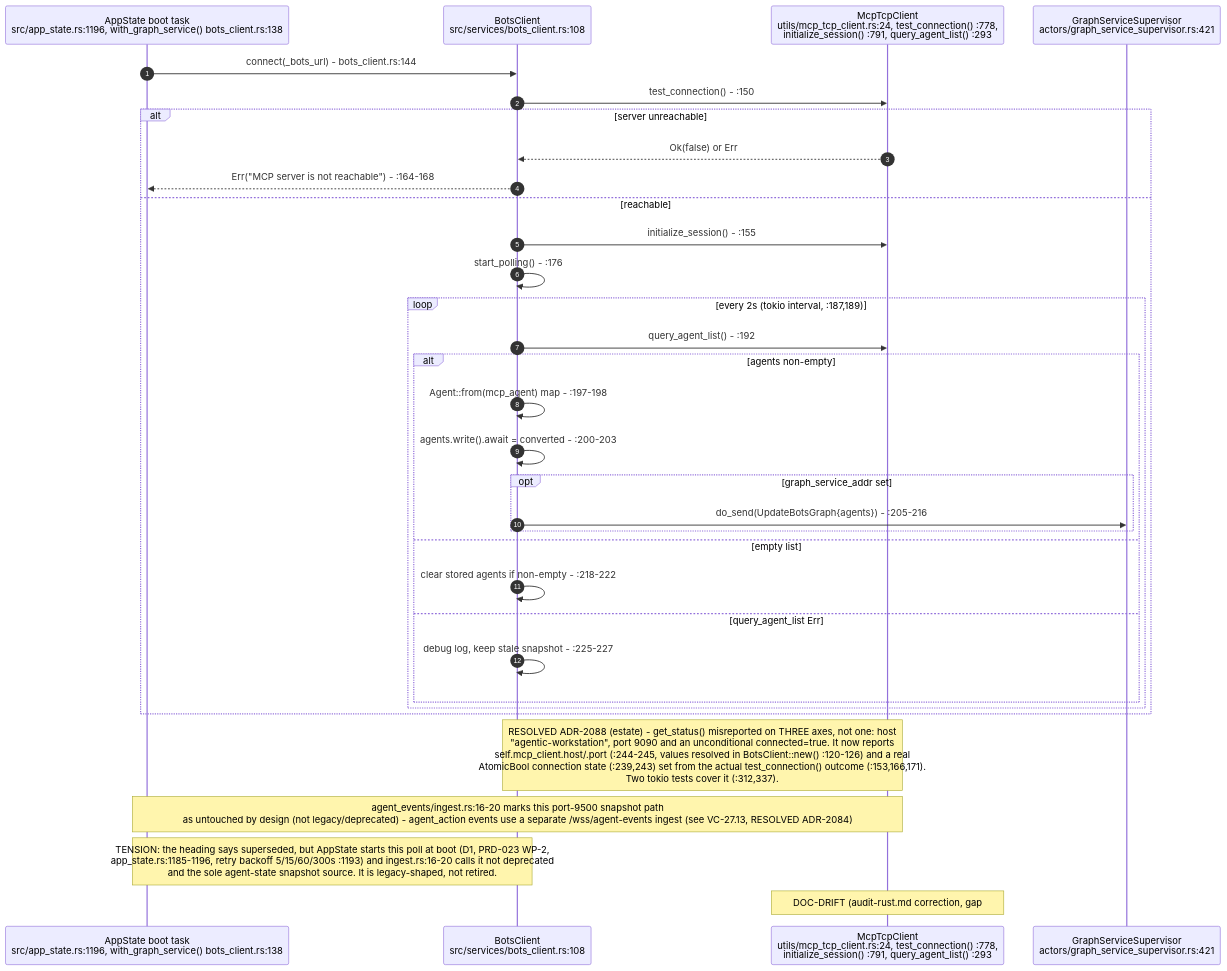
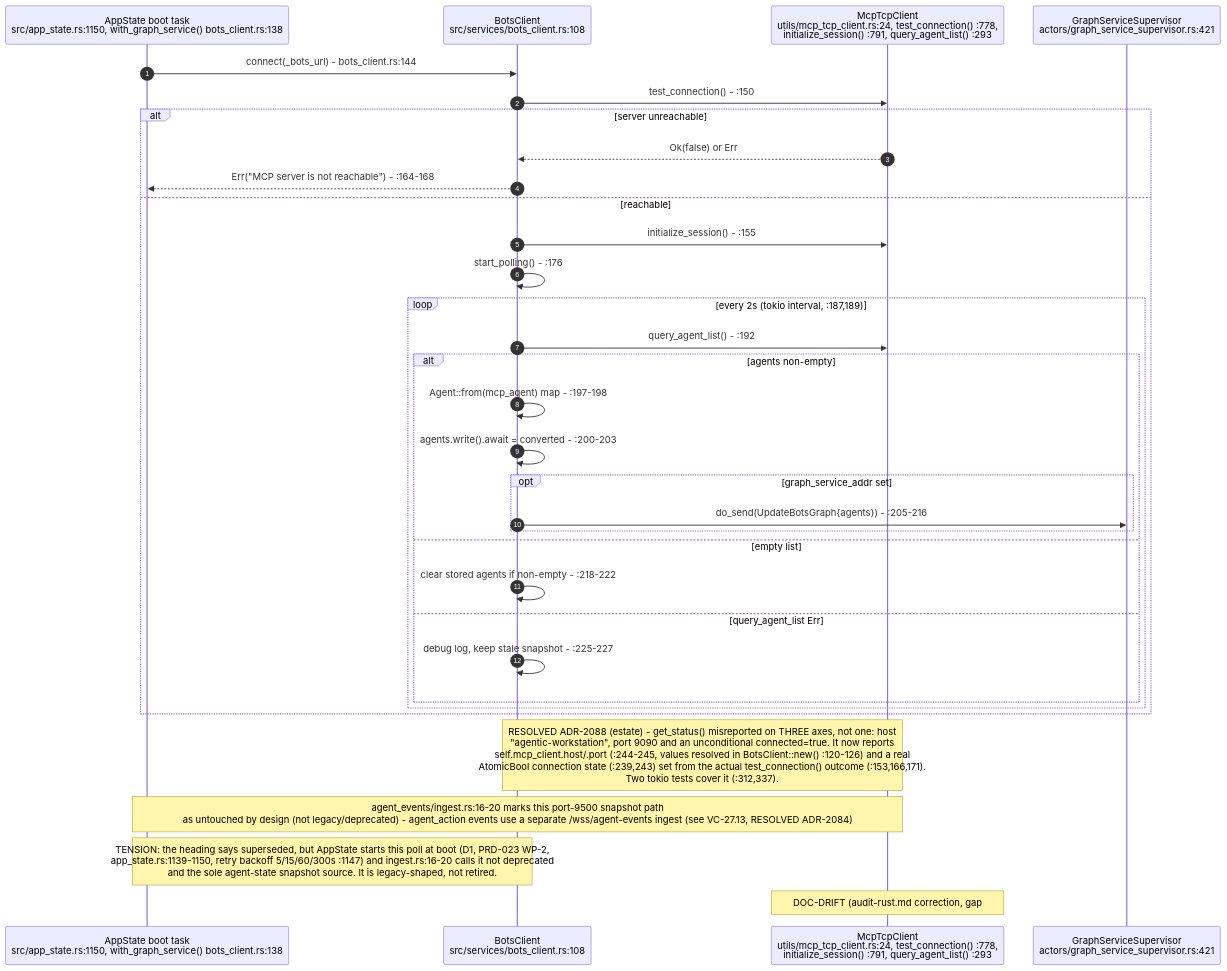
The first of 11 diagrams in docs/diagrams/visionclaw/27-agent-integration-mcp-relay.md (DreamLab-AI/VisionFlow), drawn with Mermaid before and after one commit. The commit also changed other lines of this file and 46 other files, not shown here.

Commit message:
docs(diagrams): re-verify VisionClaw topics at 809a859aa/a950f4d80 after the consolidation pass

````diff
--- a/docs/diagrams/visionclaw/27-agent-integration-mcp-relay.md
+++ b/docs/diagrams/visionclaw/27-agent-integration-mcp-relay.md
@@ -50,36 +51,36 @@
 ```mermaid
 sequenceDiagram
     autonumber
-    participant Caller as AppState boot task<br/>src/app_state.rs:1196, with_graph_service() bots_client.rs:138
+    participant Caller as AppState boot task<br/>src/app_state.rs:1150, with_graph_service() bots_client.rs:138
     participant BC as BotsClient<br/>src/services/bots_client.rs:108
     participant MCP as McpTcpClient<br/>utils/mcp_tcp_client.rs:24, test_connection() :778,<br/>initialize_session() :791, query_agent_list() :293
     participant GSS as GraphServiceSupervisor<br/>actors/graph_service_supervisor.rs:421
 
     Caller->>BC: connect(_bots_url) - bots_client.rs:144
     BC->>MCP: test_connection() - :150
     alt server unreachable
         MCP-->>BC: Ok(false) or Err
         BC-->>Caller: Err("MCP server is not reachable") - :164-168
     else reachable
         BC->>MCP: initialize_session() - :155
         BC->>BC: start_polling() - :176
         loop every 2s (tokio interval, :187,189)
             BC->>MCP: query_agent_list() - :192
             alt agents non-empty
                 BC->>BC: Agent::from(mcp_agent) map - :197-198
                 BC->>BC: agents.write().await = converted - :200-203
                 opt graph_service_addr set
                     BC->>GSS: do_send(UpdateBotsGraph{agents}) - :205-216
                 end
             else empty list
                 BC->>BC: clear stored agents if non-empty - :218-222
             else query_agent_list Err
                 BC->>BC: debug log, keep stale snapshot - :225-227
             end
         end
     end
     Note over BC,MCP: RESOLVED ADR-2088 (estate) - get_status() misreported on THREE axes, not one: host<br/>"agentic-workstation", port 9090 and an unconditional connected=true. It now reports<br/>self.mcp_client.host/.port (:244-245, values resolved in BotsClient::new() :120-126) and a real<br/>AtomicBool connection state (:239,243) set from the actual test_connection() outcome (:153,166,171).<br/>Two tokio tests cover it (:312,337).
     Note over Caller,MCP: agent_events/ingest.rs:16-20 marks this port-9500 snapshot path<br/>as untouched by design (not legacy/deprecated) - agent_action events use a separate /wss/agent-events ingest (see VC-27.13, RESOLVED ADR-2084)
-    Note over Caller,BC: TENSION: the heading says superseded, but AppState starts this poll at boot (D1, PRD-023 WP-2,<br/>app_state.rs:1185-1196, retry backoff 5/15/60/300s :1193) and ingest.rs:16-20 calls it not deprecated<br/>and the sole agent-state snapshot source. It is legacy-shaped, not retired.
+    Note over Caller,BC: TENSION: the heading says superseded, but AppState starts this poll at boot (D1, PRD-023 WP-2,<br/>app_state.rs:1139-1150, retry backoff 5/15/60/300s :1147) and ingest.rs:16-20 calls it not deprecated<br/>and the sole agent-state snapshot source. It is legacy-shaped, not retired.
     Note over MCP: DOC-DRIFT (audit-rust.md correction, gap #2): a SECOND file also named mcp_tcp_client.rs<br/>exists at src/client/mcp_tcp_client.rs, defining McpTelemetryClient (struct src/client/mcp_tcp_client.rs:10,<br/>impl :17). grep confirms it is dead - src/client/mod.rs:1,3 declares and re-exports it but nothing else in<br/>src/ constructs or calls it. The live MCP-TCP hop is exclusively utils/mcp_tcp_client.rs::McpTcpClient<br/>shown above (used by bots_client.rs, ontology_class_index.rs, multi_mcp_agent_discovery.rs,<br/>the analytics anomaly/clustering handlers and bin/test_mcp_connection.rs)
 ```
````
